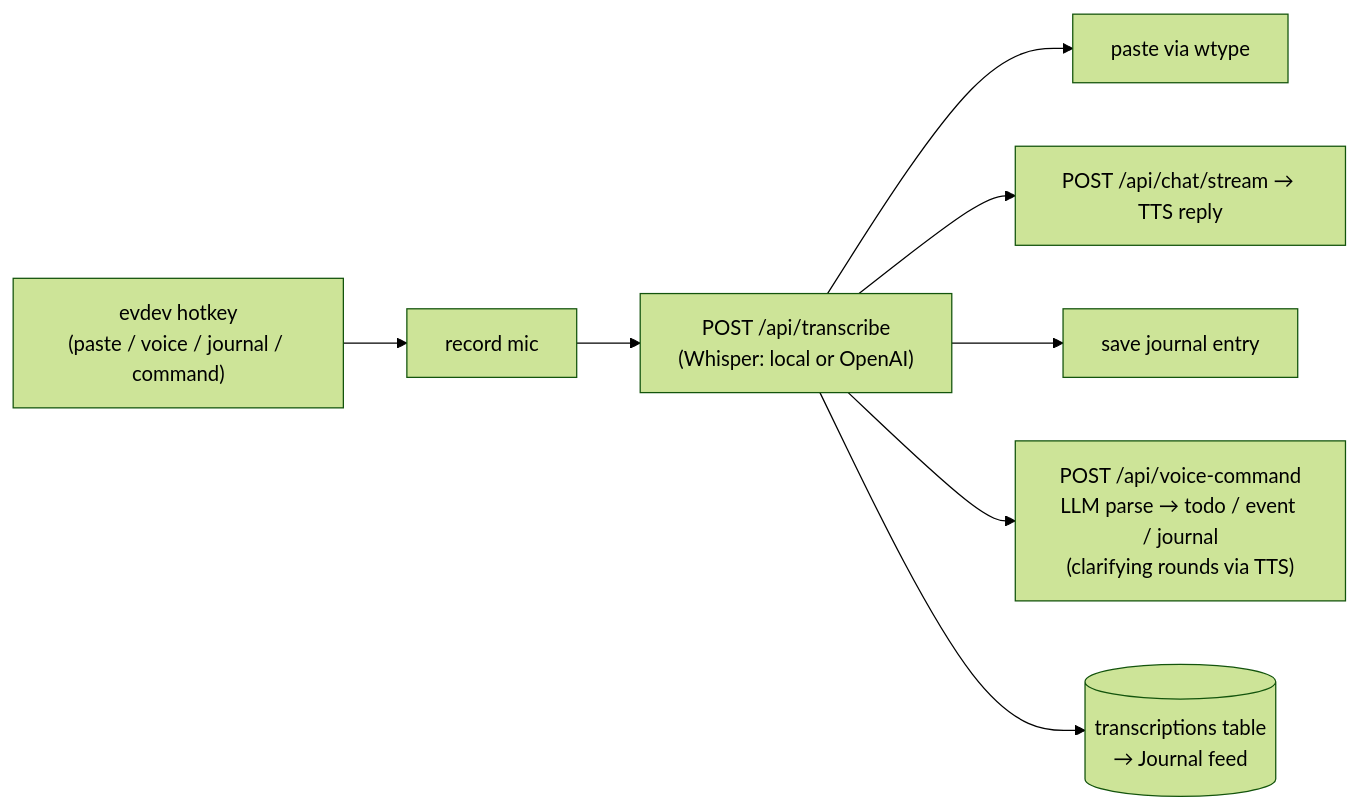
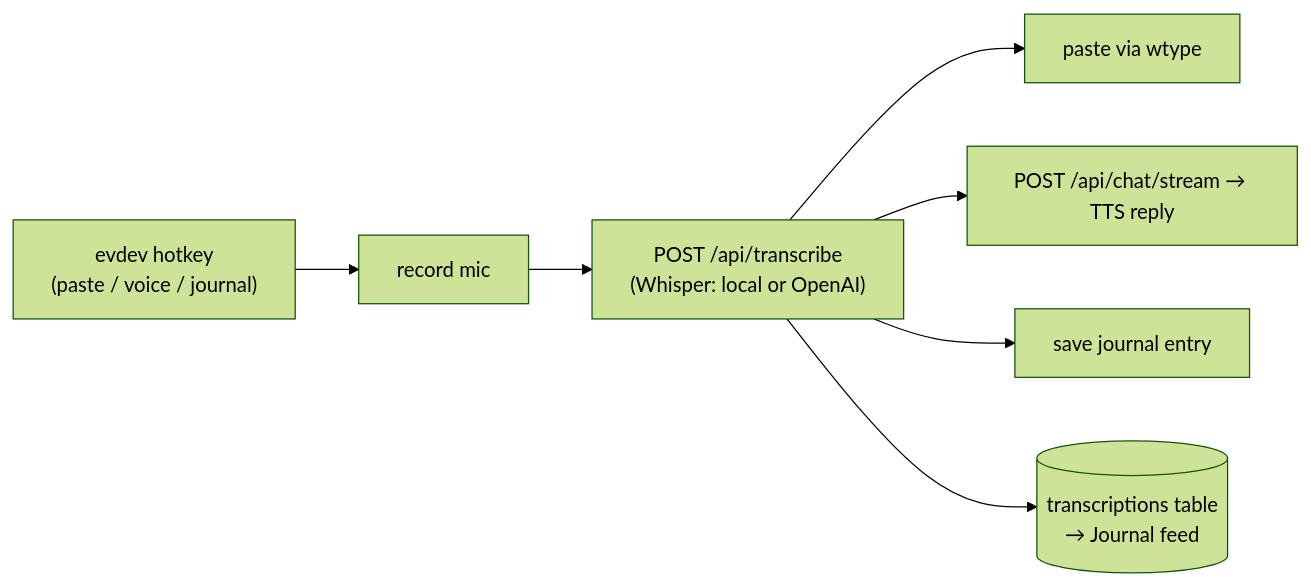
One commit to volodymyrkhrystynych/Lunaschal changed the second of 2 diagrams in docs/architecture.md. Above: the diagram before and after it, drawn with Mermaid (forest theme). The commit also changed other lines of this file and 15 other files, not shown here.

First line of the commit message:
fix: remove voice command feature

````diff
--- a/docs/architecture.md
+++ b/docs/architecture.md
@@ -125,10 +125,9 @@
 ```mermaid
 flowchart LR
-    KEY["evdev hotkey<br/>(paste / voice / journal / command)"] --> REC["record mic"]
+    KEY["evdev hotkey<br/>(paste / voice / journal)"] --> REC["record mic"]
     REC --> TR["POST /api/transcribe<br/>(Whisper: local or OpenAI)"]
     TR --> PASTE["paste via wtype"]
     TR --> CHAT["POST /api/chat/stream → TTS reply"]
     TR --> JRNL["save journal entry"]
-    TR --> CMD["POST /api/voice-command<br/>LLM parse → todo / event / journal<br/>(clarifying rounds via TTS)"]
     TR --> LOG[("transcriptions table<br/>→ Journal feed")]
 ```
````
